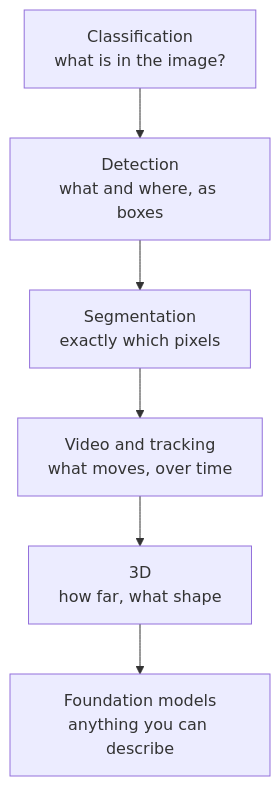
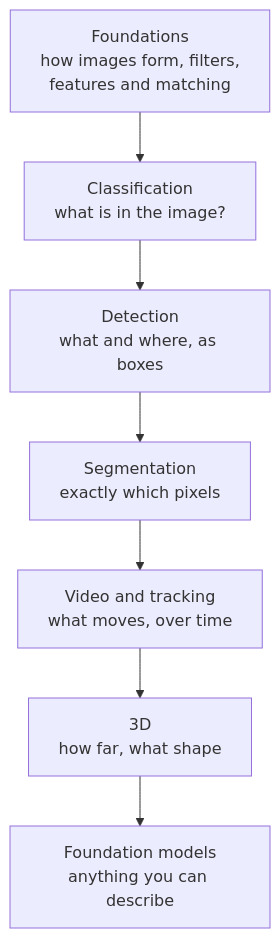
One commit to gopikrishtummala/gopikrishtummala.github.io changed the first of 2 diagrams in src/data/blog/computer-vision/computer-vision-module-1-how-machines-see.md. Above: the diagram before and after it, drawn with Mermaid. The commit also changed other lines of this file and 13 other files, not shown here.

````diff
--- a/src/data/blog/computer-vision/computer-vision-module-1-how-machines-see.md
+++ b/src/data/blog/computer-vision/computer-vision-module-1-how-machines-see.md
@@ -35,8 +35,9 @@
 ```mermaid
 flowchart TB
+  B["Foundations<br/>how images form, filters,<br/>features and matching"] --> C
   C["Classification<br/>what is in the image?"] --> D["Detection<br/>what and where, as boxes"]
   D --> S["Segmentation<br/>exactly which pixels"]
   S --> V["Video and tracking<br/>what moves, over time"]
   V --> T["3D<br/>how far, what shape"]
   T --> F["Foundation models<br/>anything you can describe"]
 ```
````
